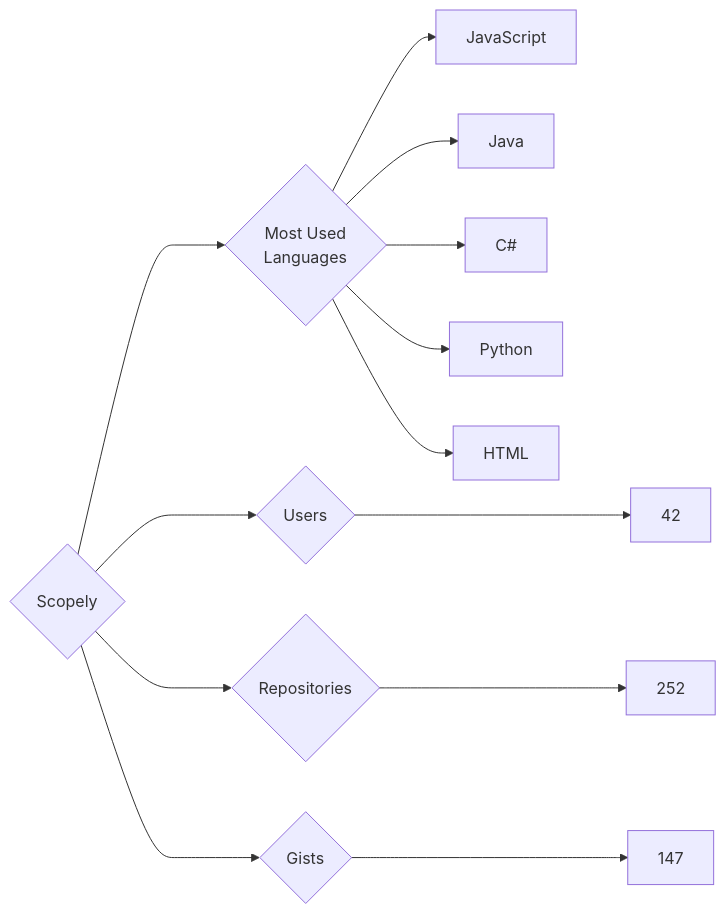
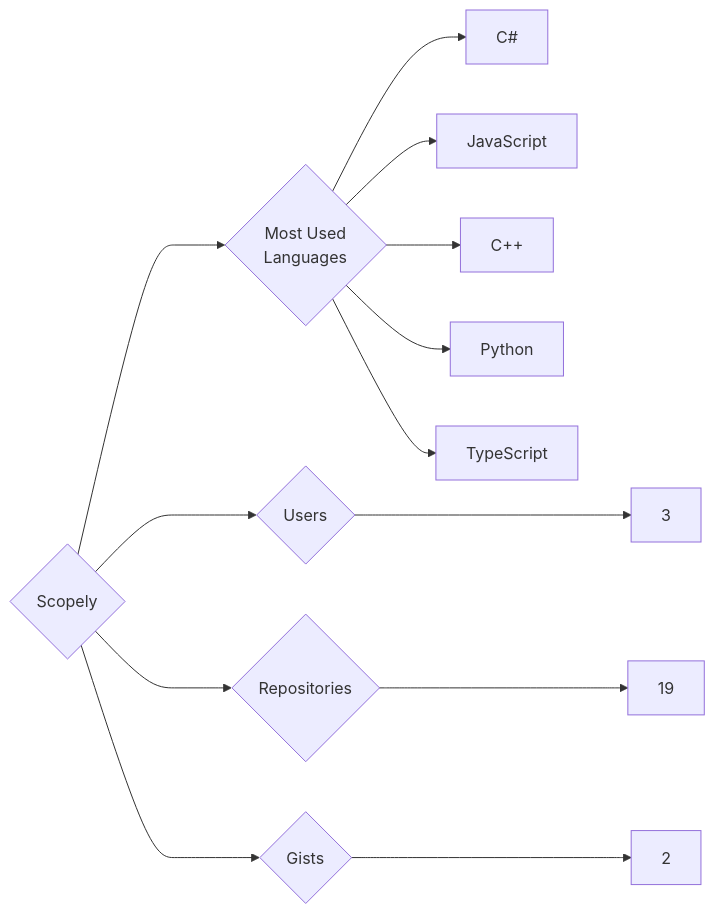
One commit to trickest/insiders changed the diagram in targets/Scopely/README.md. Above: the diagram before and after it, drawn with Mermaid. The commit also changed 799 other files, not shown here.

````diff
--- a/targets/Scopely/README.md
+++ b/targets/Scopely/README.md
@@ -3,13 +3,13 @@
 ```mermaid
 graph LR
 COMPANY_NAME{Scopely}
-COMPANY_NAME ---> U{Users} ---> UN[42]
-COMPANY_NAME ---> R{Repositories} ---> RN[252]
-COMPANY_NAME ---> G{Gists} ---> GN[147]
+COMPANY_NAME ---> U{Users} ---> UN[3]
+COMPANY_NAME ---> R{Repositories} ---> RN[19]
+COMPANY_NAME ---> G{Gists} ---> GN[2]
 COMPANY_NAME ---> ML{Most Used<br>Languages}
+ML --> C#[C#]
 ML --> JavaScript[JavaScript]
-ML --> Java[Java]
-ML --> C#[C#]
+ML --> C++[C++]
 ML --> Python[Python]
-ML --> HTML[HTML]
+ML --> TypeScript[TypeScript]
 ```
````
